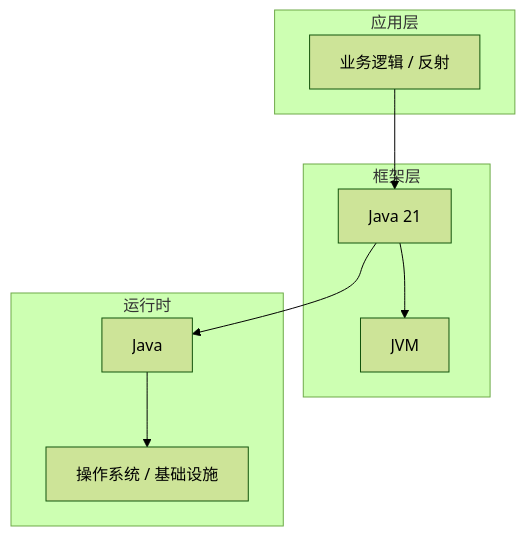
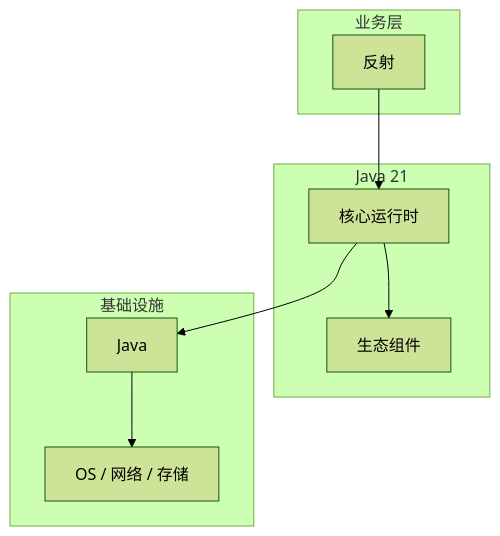
Before and after one commit to yanggan2015/knowledge-json-v2: the diagram in articles/Java核心/chapters/061-反射核心概念与原理.md, drawn with Mermaid (forest theme). The commit also changed other lines of this file and 10127 other files, not shown here.

````diff
--- a/articles/Java核心/chapters/061-反射核心概念与原理.md
+++ b/articles/Java核心/chapters/061-反射核心概念与原理.md
@@ -45,18 +34,18 @@
 ```mermaid
 graph TB
-    subgraph 应用层
-        A[业务逻辑 / 反射]
+    subgraph 业务层
+        A[反射]
     end
-    subgraph 框架层
-        B[Java 21]
-        C[JVM]
+    subgraph Java 21
+        B[核心运行时]
+        C[生态组件]
     end
-    subgraph 运行时
+    subgraph 基础设施
         D[Java]
-        E[操作系统 / 基础设施]
+        E[OS / 网络 / 存储]
     end
     A --> B
     B --> C
     B --> D
     D --> E
 ```
````
